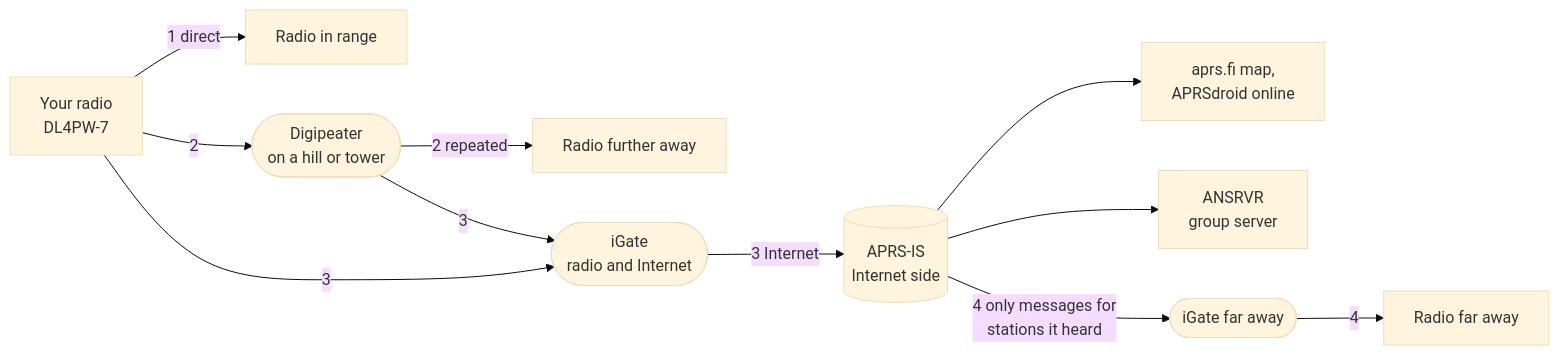
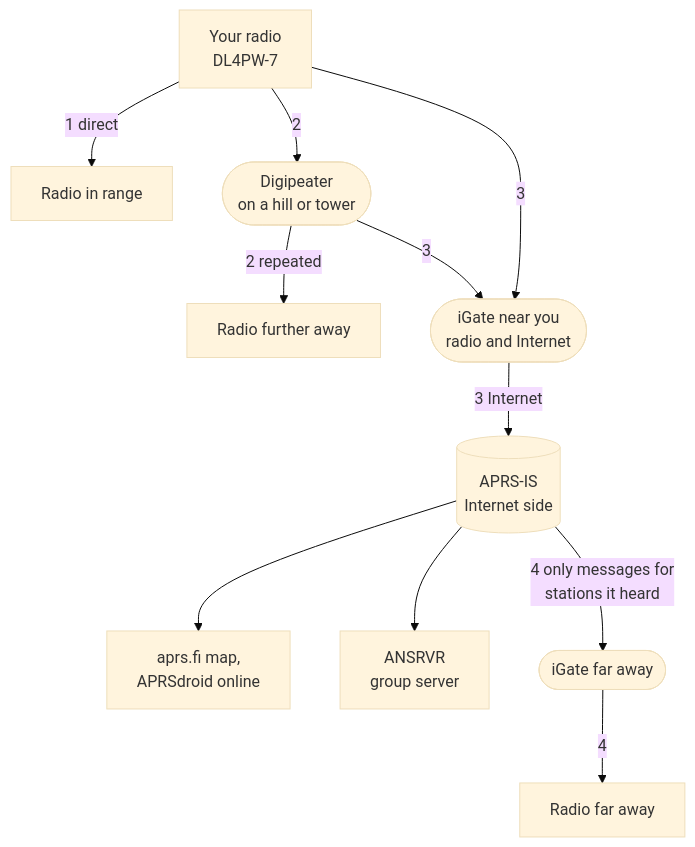
The first of 4 diagrams in App/messenger/HOW_IT_WORKS.md (TechnikWeber/uv-k1-k5v3-aprs-firmware), drawn with Mermaid (base theme) before and after one commit.

Commit message:
Messenger docs: the network diagram top to bottom (readable on GitHub)
Claude-Session: https://claude.ai/code/session_01FQn5b2oEocBdb1TXkEB4Ar

````diff
--- a/App/messenger/HOW_IT_WORKS.md
+++ b/App/messenger/HOW_IT_WORKS.md
@@ -13,22 +13,24 @@
 ```mermaid
-flowchart LR
+flowchart TD
     you["Your radio<br/>DL4PW-7"]
     near["Radio in range"]
     digi(["Digipeater<br/>on a hill or tower"])
     far["Radio further away"]
-    igate(["iGate<br/>radio and Internet"])
+    igate(["iGate near you<br/>radio and Internet"])
     aprsis[("APRS-IS<br/>Internet side")]
     web["aprs.fi map,<br/>APRSdroid online"]
     srv["ANSRVR<br/>group server"]
     igate2(["iGate far away"])
     remote["Radio far away"]
 
     you -- "1 direct" --> near
-    you -- "2" --> digi -- "2 repeated" --> far
+    you -- "2" --> digi
+    digi -- "2 repeated" --> far
     you -- "3" --> igate
     digi -- "3" --> igate
     igate -- "3 Internet" --> aprsis
     aprsis --> web
     aprsis --> srv
-    aprsis -- "4 only messages for<br/>stations it heard" --> igate2 -- "4" --> remote
+    aprsis -- "4 only messages for<br/>stations it heard" --> igate2
+    igate2 -- "4" --> remote
 ```
````
